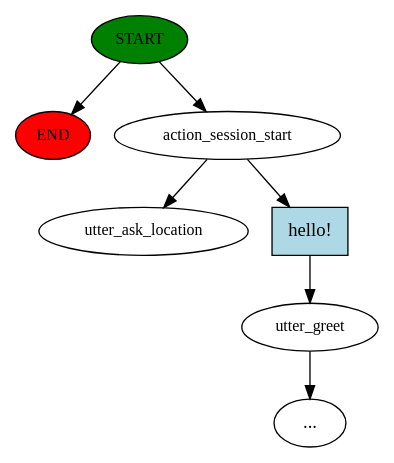
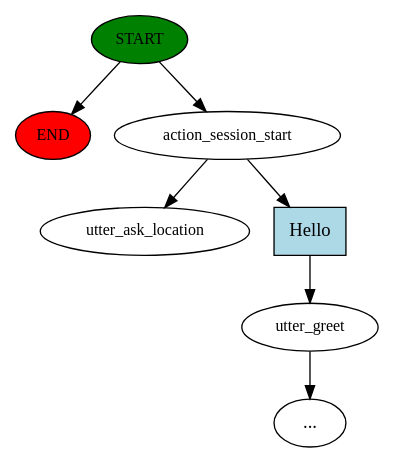
One commit to devasci/rasa_casestudy changed the diagram in story_graph.dot. Above: the diagram before and after it, drawn with Graphviz. The commit also changed 10 other files, not shown here.

```diff
--- a/story_graph.dot
+++ b/story_graph.dot
@@ -1,15 +1,15 @@
 digraph  {
 0 [class="start active", fillcolor=green, fontsize=12, label=START, style=filled];
 "-1" [class=end, fillcolor=red, fontsize=12, label=END, style=filled];
 1 [class=active, fontsize=12, label=action_session_start];
 2 [class="", fontsize=12, label=utter_greet];
 "-3" [class=ellipsis, label="..."];
 4 [class="dashed active", fontsize=12, label=utter_ask_location];
-5 [class=intent, fillcolor=lightblue, label="hello!", shape=rect, style=filled];
+5 [class=intent, fillcolor=lightblue, label=Hello, shape=rect, style=filled];
 0 -> "-1"  [class="", key=NONE, label=""];
 0 -> 1  [class=active, key=NONE, label=""];
 1 -> 4  [class=active, key=NONE, label=""];
 1 -> 5  [class="", key=0];
 2 -> "-3"  [class="", key=NONE, label=""];
 5 -> 2  [class="", key=0];
 }
```
